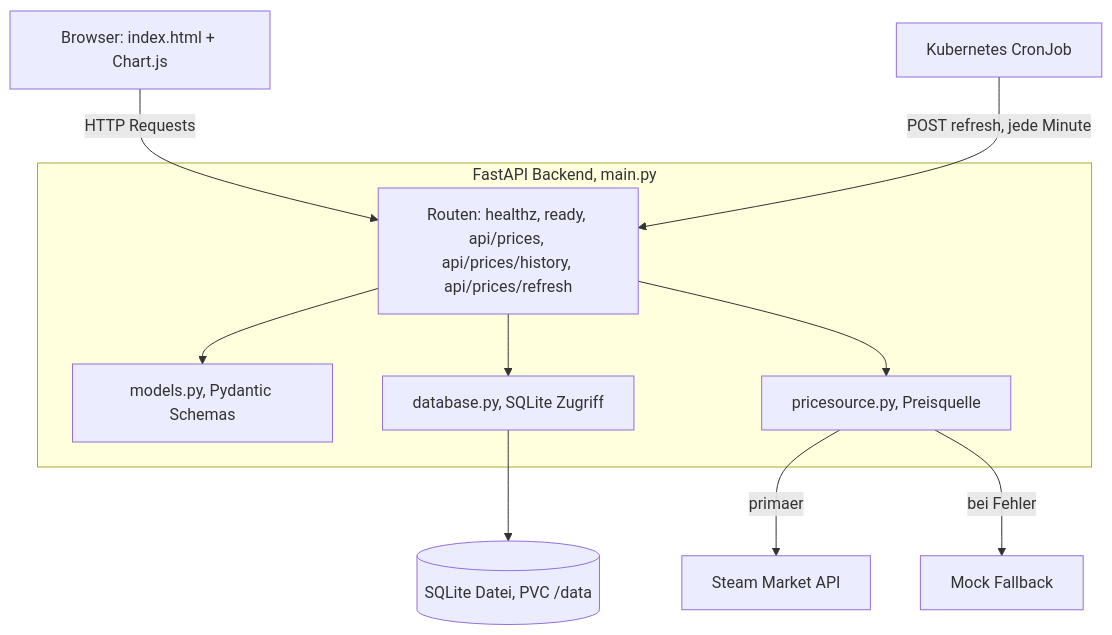
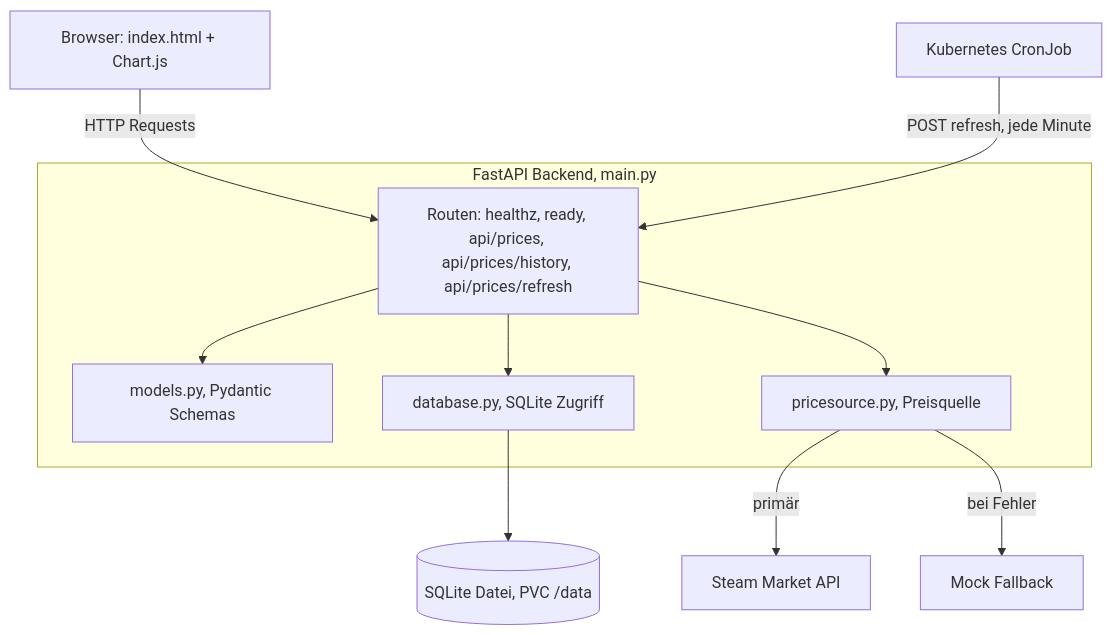
Before and after one commit to Cancani/gitops-platform-semesterarbeit5: the third of 5 diagrams in docs/dokumentation.md, drawn with Mermaid. The commit also changed other lines of this file and 13 other files, not shown here.

````diff
--- a/docs/dokumentation.md
+++ b/docs/dokumentation.md
@@ -1204,25 +1206,25 @@
 ```mermaid
 flowchart TB
     Browser[Browser: index.html + Chart.js]
     CronJob[Kubernetes CronJob]
 
     subgraph Backend[FastAPI Backend, main.py]
         Routes[Routen: healthz, ready, api/prices, api/prices/history, api/prices/refresh]
         Models[models.py, Pydantic Schemas]
         DBLayer[database.py, SQLite Zugriff]
         Source[pricesource.py, Preisquelle]
     end
 
     Mock[Mock Fallback]
     SteamAPI[Steam Market API]
     SQLite[(SQLite Datei, PVC /data)]
 
     Browser -->|HTTP Requests| Routes
     CronJob -->|POST refresh, jede Minute| Routes
     Routes --> Models
     Routes --> DBLayer
     Routes --> Source
     DBLayer --> SQLite
-    Source -->|primaer| SteamAPI
+    Source -->|primär| SteamAPI
     Source -->|bei Fehler| Mock
 ```
````
